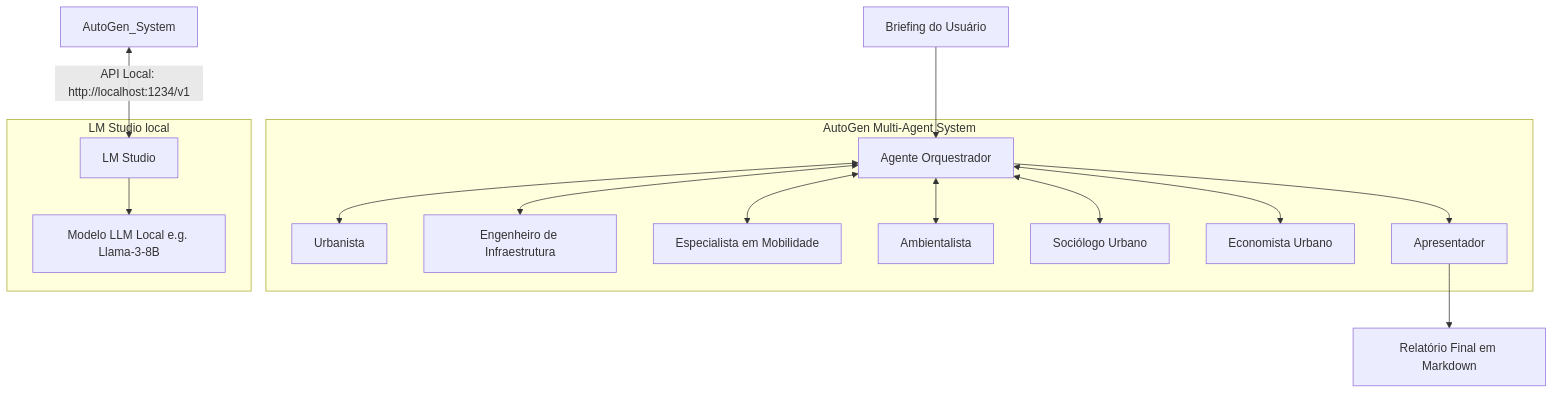
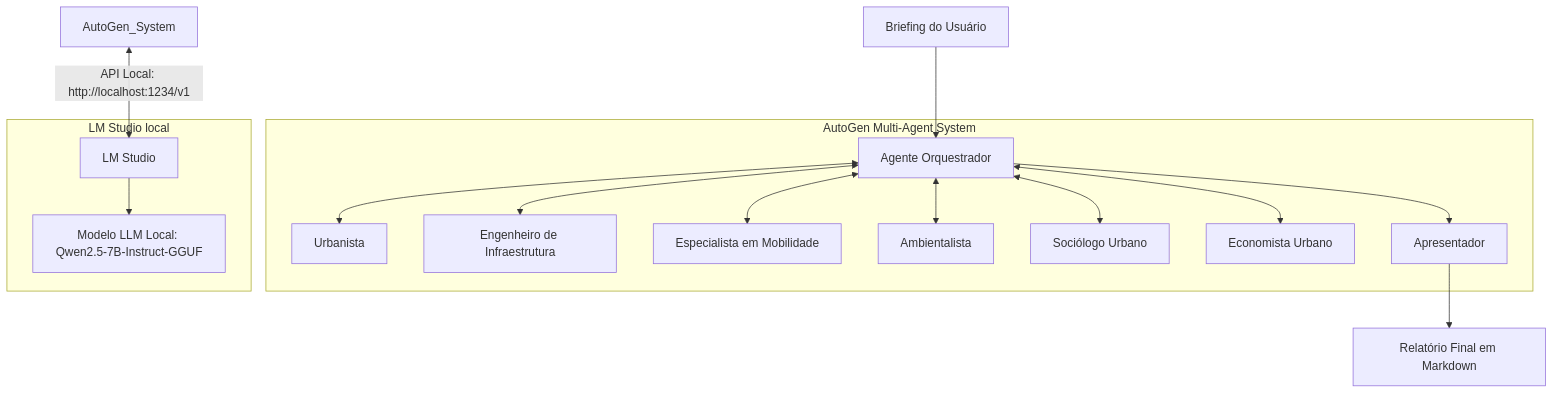
The diagram in docs/arquitetura.md (gilbertoquintino/cityvision-ai), drawn with Mermaid before and after one commit. The commit also changed other lines of this file and 3 other files, not shown here.

Commit message:
docs: atualiza modelo adotado para Qwen2.5-7B-Instruct-GGUF e documenta especificacoes de hardware

````diff
--- a/docs/arquitetura.md
+++ b/docs/arquitetura.md
@@ -5,19 +5,19 @@
 ```mermaid
 graph TD
     Briefing[Briefing do Usuário] --> Orchestrator[Agente Orquestrador]
     subgraph AutoGen Multi-Agent System
         Orchestrator <--> Agent1[Urbanista]
         Orchestrator <--> Agent2[Engenheiro de Infraestrutura]
         Orchestrator <--> Agent3[Especialista em Mobilidade]
         Orchestrator <--> Agent4[Ambientalista]
         Orchestrator <--> Agent5[Sociólogo Urbano]
         Orchestrator <--> Agent6[Economista Urbano]
         Orchestrator --> Agent7[Apresentador]
     end
     Agent7 --> Report[Relatório Final em Markdown]
     
     AutoGen_System <-- API Local: http://localhost:1234/v1 --> LM_Studio[LM Studio]
     subgraph LM Studio local
-        LM_Studio --> LLM[Modelo LLM Local e.g. Llama-3-8B]
+        LM_Studio --> LLM[Modelo LLM Local: Qwen2.5-7B-Instruct-GGUF]
     end
 ```
````
